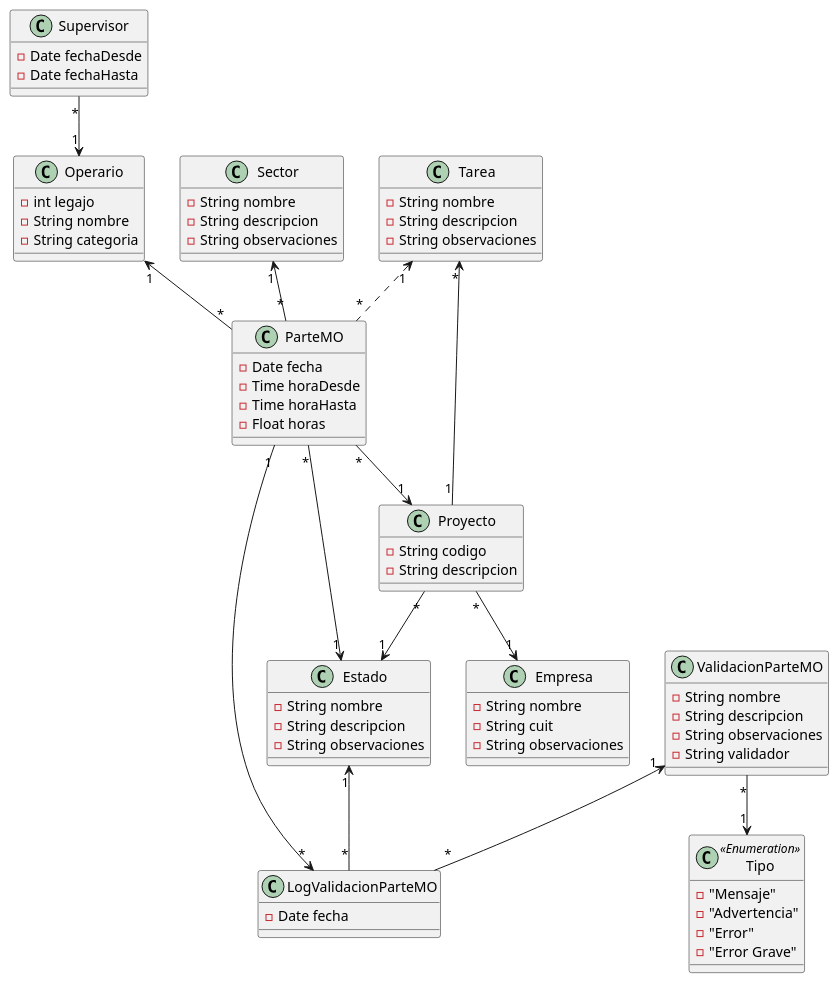
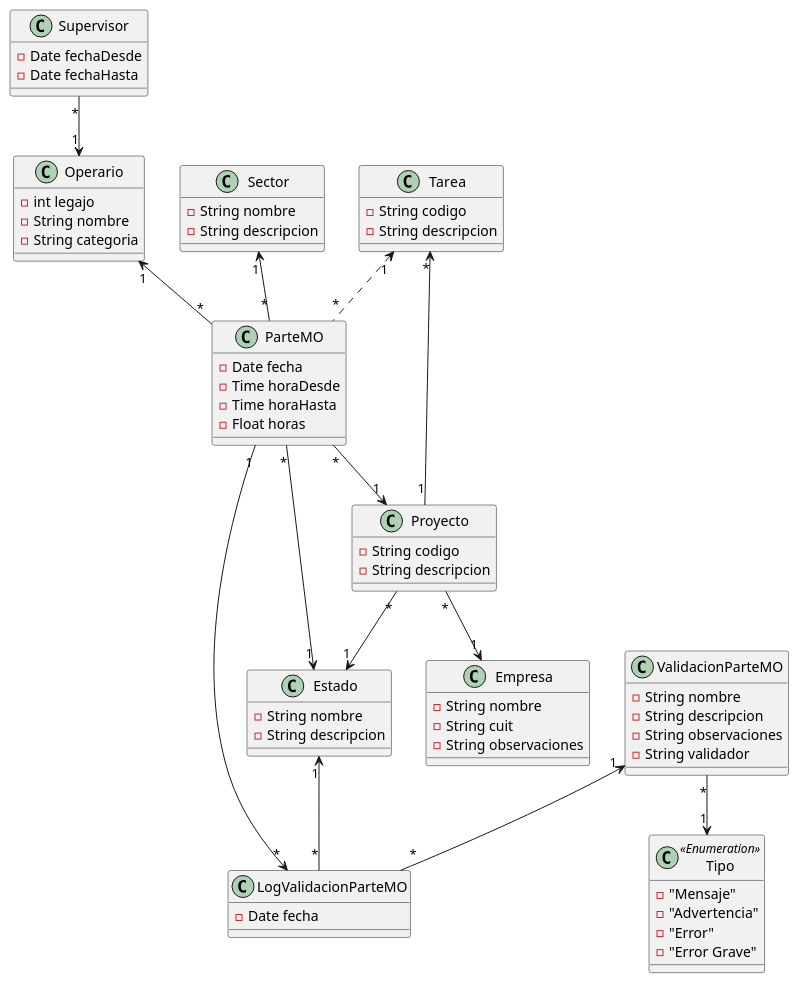
One commit to bristalandres/partesmo changed the diagram in diagrama.pu. Above: the diagram before and after it, drawn with PlantUML.

Commit message:
Replace diagrama.pu

```diff
--- a/diagrama.pu
+++ b/diagrama.pu
@@ -1,70 +1,67 @@
 @startuml
 Supervisor "*"--> "1" Operario
 Sector "1" <--"*" ParteMO
 Operario "1" <--"*" ParteMO
 Tarea "1" <.. "*" ParteMO
 ParteMO "*" --> "1" Estado
 ParteMO "*" --> "1" Proyecto
 Tarea "*" <-- "1" Proyecto
 Proyecto "*" --> "1" Estado
 Proyecto "*"--> "1" Empresa
 ParteMO "1" --> "*" LogValidacionParteMO
 Estado "1" <-- "*" LogValidacionParteMO
 ValidacionParteMO "1" <-- "*" LogValidacionParteMO
 ValidacionParteMO "*" --> "1" Tipo
 
 class Supervisor{
   -Date fechaDesde
   -Date fechaHasta
 }
 class Operario{
   -int legajo
   -String nombre
   -String categoria
 }
 class Sector{
   -String nombre
   -String descripcion
-  -String observaciones
 }
 class Tarea{
-  -String nombre
+  -String codigo
   -String descripcion
-  -String observaciones
 }
 class ParteMO{
   -Date fecha
   -Time horaDesde
   -Time horaHasta
   -Float horas
 }
 class Proyecto{
   -String codigo
   -String descripcion
 }
 class Empresa{
   -String nombre
   -String cuit
   -String observaciones
 }
 class Estado{
   -String nombre
   -String descripcion
-  -String observaciones
 }
 class LogValidacionParteMO{
   -Date fecha
 }
 class ValidacionParteMO{
   -String nombre
   -String descripcion
   -String observaciones
   -String validador
 }
 class Tipo<<Enumeration>>{
   -"Mensaje"
   -"Advertencia"
   -"Error"
   -"Error Grave"
 }
 @enduml
```
